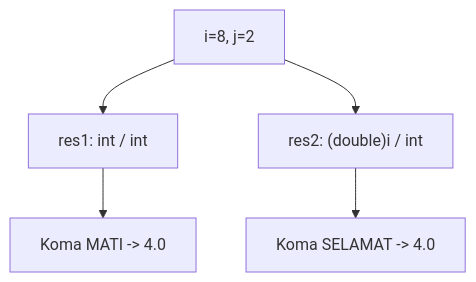
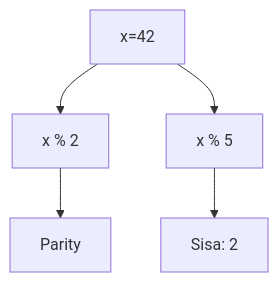
Diagram 12 of 25 in part-c-pemahaman-cpp/01-tipe-data/latihan/set-02.md (amnahwaida/OSNK_INF_PREP), drawn with Mermaid before and after one commit. The commit also changed other lines of this file and 71 other files, not shown here.

````diff
--- a/part-c-pemahaman-cpp/01-tipe-data/latihan/set-02.md
+++ b/part-c-pemahaman-cpp/01-tipe-data/latihan/set-02.md
@@ -446,7 +356,7 @@
 ```mermaid
 graph TD
-    A["i=8, j=2"] --> B["res1: int / int"]
-    B --> C["Koma MATI -> 4.0"]
-    A --> D["res2: (double)i / int"]
-    D --> E["Koma SELAMAT -> 4.0"]
+A[x=42] --> B[x % 2]
+B --> C[Parity]
+A --> D[x % 5]
+D --> E[Sisa: 2]
 ```
````
